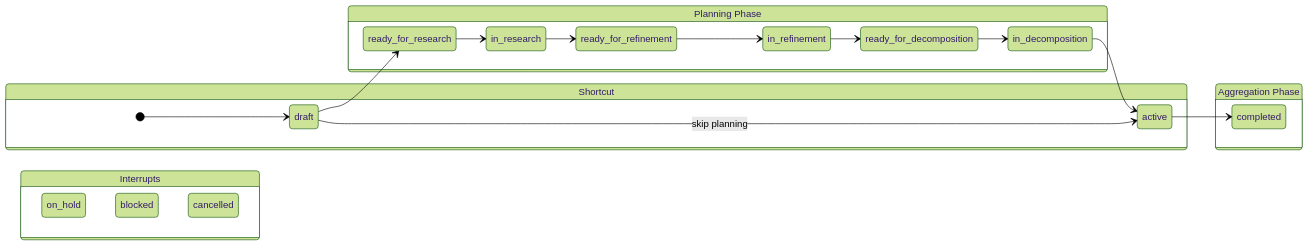
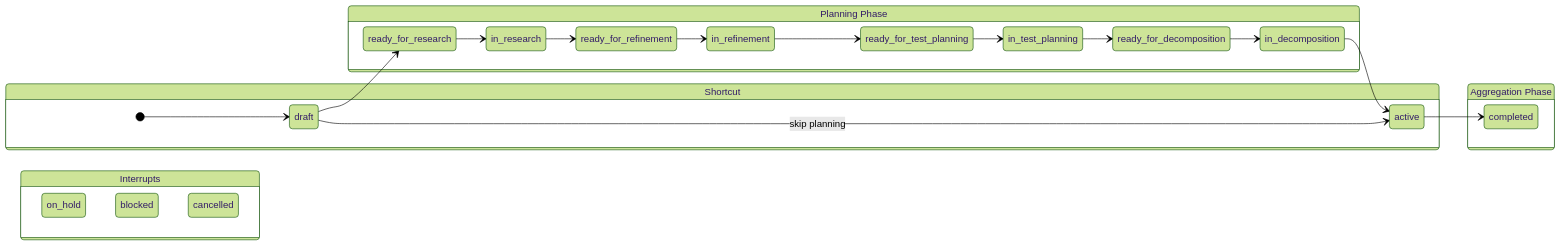
One commit to jwwelbor/shark-task-manager changed the first of 8 diagrams in docs/guides/multi-level-workflow.md. Above: the diagram before and after it, drawn with Mermaid (forest theme). The commit also changed other lines of this file and 1 other file, not shown here.

````diff
--- a/docs/guides/multi-level-workflow.md
+++ b/docs/guides/multi-level-workflow.md
@@ -31,30 +75,32 @@
 ```mermaid
 stateDiagram-v2
     direction LR
 
     state "Planning Phase" as planning {
         draft --> ready_for_research
         ready_for_research --> in_research
         in_research --> ready_for_refinement
         ready_for_refinement --> in_refinement
-        in_refinement --> ready_for_decomposition
+        in_refinement --> ready_for_test_planning
+        ready_for_test_planning --> in_test_planning
+        in_test_planning --> ready_for_decomposition
         ready_for_decomposition --> in_decomposition
     }
 
     state "Aggregation Phase" as aggregation {
         active --> completed
     }
 
     in_decomposition --> active
 
     state "Shortcut" as shortcut {
         [*] --> draft
         draft --> active : skip planning
     }
 
     state "Interrupts" as interrupts {
         on_hold
         blocked
         cancelled
     }
 ```
````
